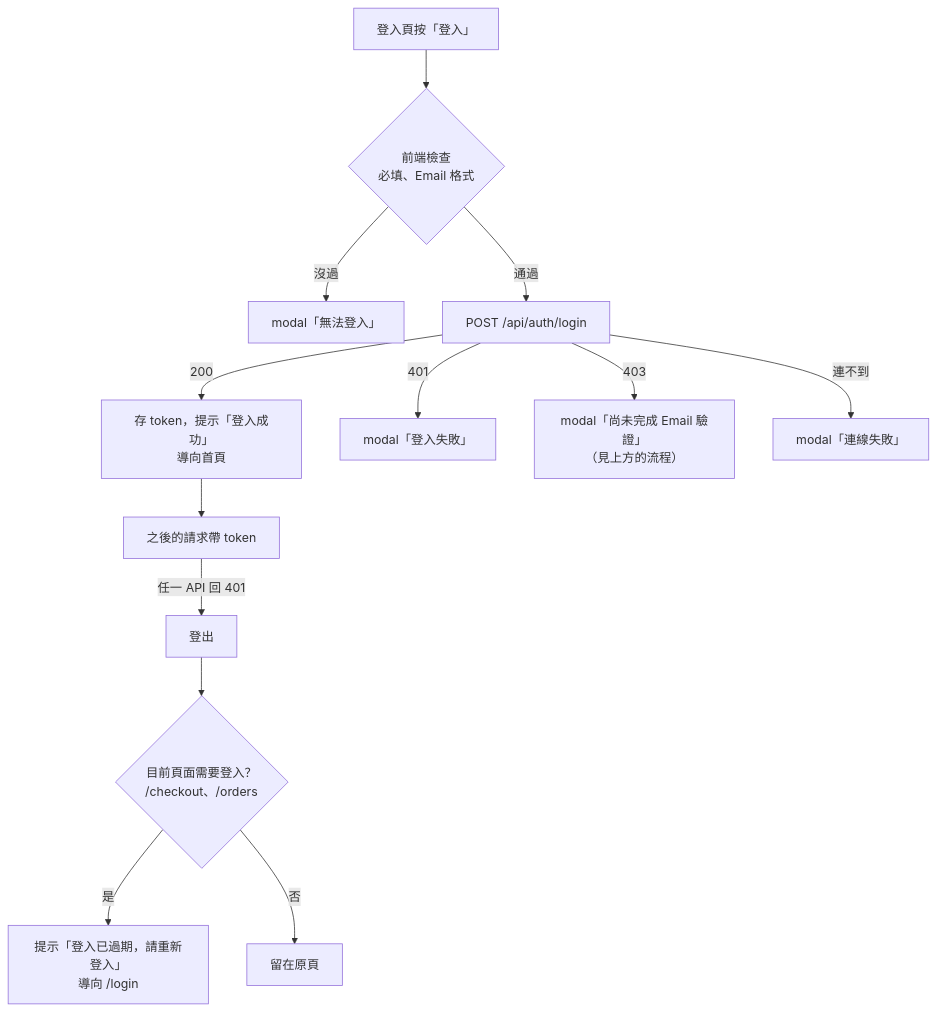
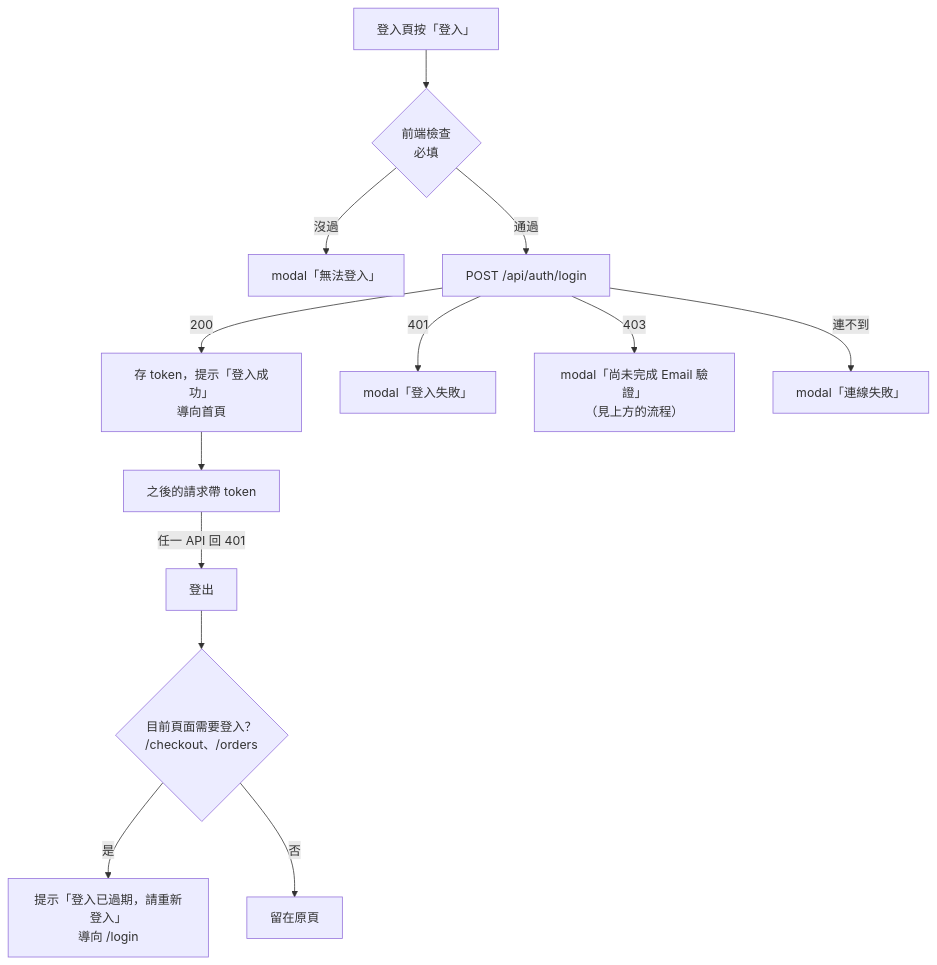
One commit to Jen-Chieh-Yu/konbini changed the second of 3 diagrams in docs/modules/Auth.md. Above: the diagram before and after it, drawn with Mermaid. The commit also changed other lines of this file and 11 other files, not shown here.

````diff
--- a/docs/modules/Auth.md
+++ b/docs/modules/Auth.md
@@ -47,15 +47,15 @@
 ```mermaid
 flowchart TD
-  L["登入頁按「登入」"] --> V{"前端檢查<br>必填、Email 格式"}
+  L["登入頁按「登入」"] --> V{"前端檢查<br>必填"}
   V -- 沒過 --> M1["modal「無法登入」"]
   V -- 通過 --> API["POST /api/auth/login"]
   API -- 200 --> OK["存 token，提示「登入成功」<br>導向首頁"]
   API -- 401 --> M2["modal「登入失敗」"]
   API -- 403 --> M4["modal「尚未完成 Email 驗證」<br>（見上方的流程）"]
   API -- 連不到 --> M3["modal「連線失敗」"]
   OK --> U["之後的請求帶 token"]
   U -- "任一 API 回 401" --> O["登出"]
   O --> Q{"目前頁面需要登入？<br>/checkout、/orders"}
   Q -- 是 --> R["提示「登入已過期，請重新登入」<br>導向 /login"]
   Q -- 否 --> S["留在原頁"]
 ```
````
